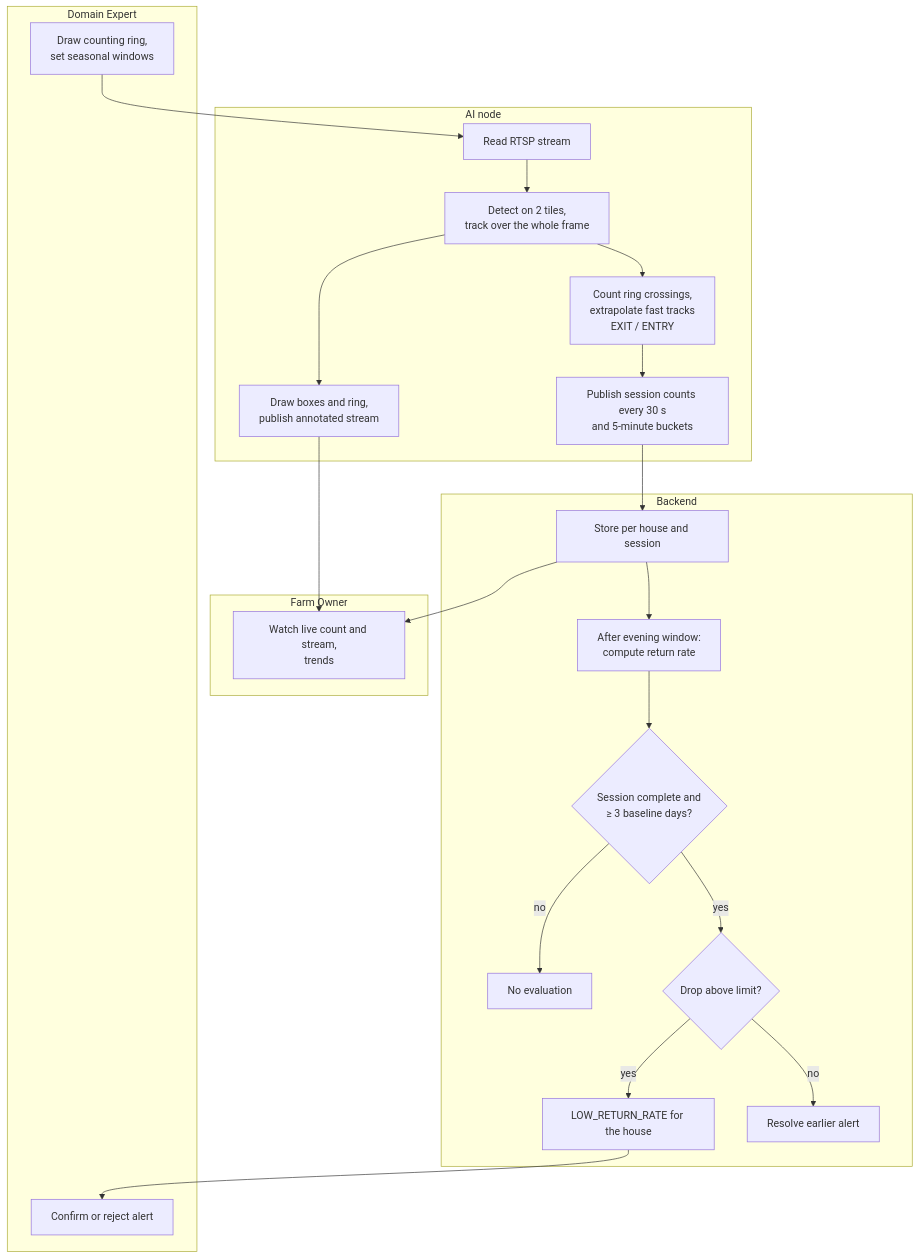
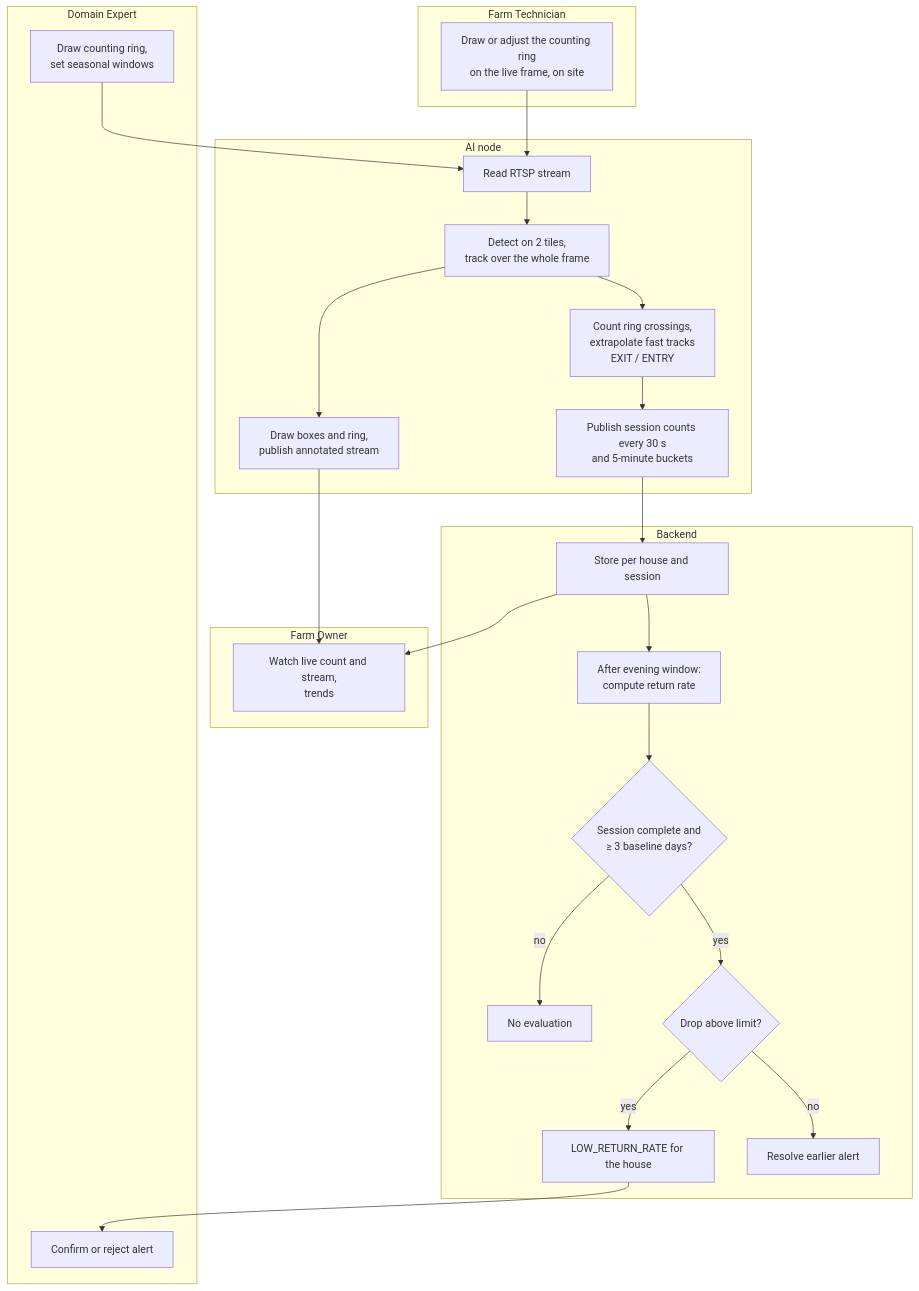
Before and after one commit to NBao261/SwiftletCare_KLTN: diagram 30 of 40 in docs/reports/report4-sdd.md, drawn with Mermaid. The commit also changed other lines of this file and 13 other files, not shown here.

First line of the commit message:
docs(srs): count only people as actors; the Farm Technician draws the counting ring

````diff
--- a/docs/reports/report4-sdd.md
+++ b/docs/reports/report4-sdd.md
@@ -1441,29 +1441,33 @@
 ```mermaid
 flowchart TB
   subgraph AI[AI node]
     A1[Read RTSP stream] --> A2[Detect on 2 tiles,<br/>track over the whole frame]
     A2 --> A3[Count ring crossings,<br/>extrapolate fast tracks<br/>EXIT / ENTRY]
     A3 --> A4[Publish session counts every 30 s<br/>and 5-minute buckets]
     A2 --> A5[Draw boxes and ring,<br/>publish annotated stream]
   end
   subgraph B[Backend]
     B1[Store per house and session] --> B2[After evening window:<br/>compute return rate]
     B2 --> B3{Session complete and<br/>≥ 3 baseline days?}
     B3 -- no --> B4[No evaluation]
     B3 -- yes --> B5{Drop above limit?}
     B5 -- yes --> B6[LOW_RETURN_RATE for the house]
     B5 -- no --> B7[Resolve earlier alert]
   end
   subgraph O[Farm Owner]
     O1[Watch live count and stream,<br/>trends]
   end
+  subgraph T[Farm Technician]
+    T1[Draw or adjust the counting ring<br/>on the live frame, on site]
+  end
   subgraph E[Domain Expert]
     E1[Draw counting ring,<br/>set seasonal windows]
     E2[Confirm or reject alert]
   end
+  T1 --> A1
   A4 --> B1
   A5 --> O1
   B1 --> O1
   B6 --> E2
   E1 --> A1
 ```
````
